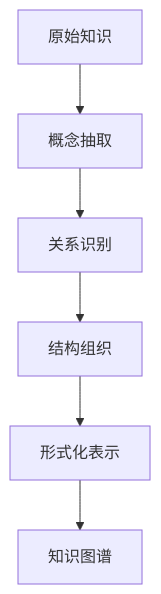
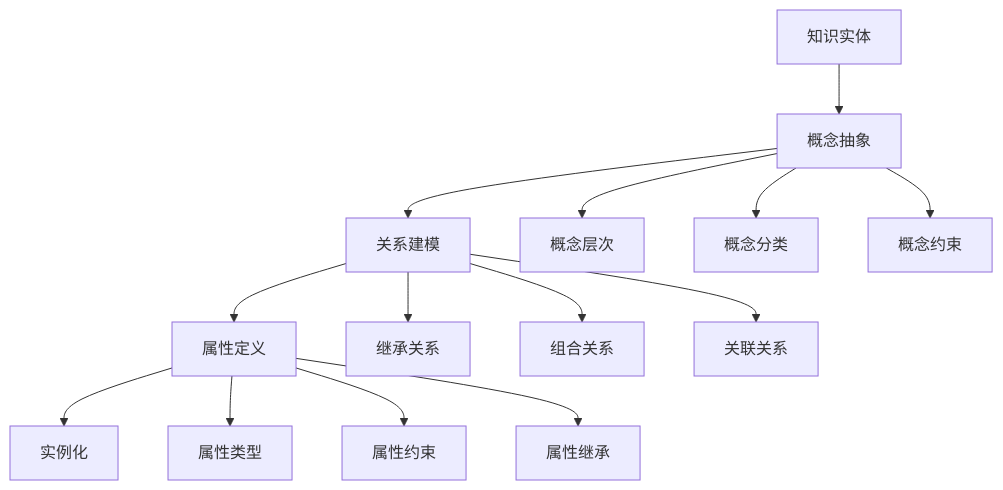
One commit to AdaMartin18010/KnowledgeGraph changed the diagram in docs/01-knowledge-representation/README.md. Above: the diagram before and after it, drawn with Mermaid. The commit also changed other lines of this file and 3 other files, not shown here.

````diff
--- a/docs/01-knowledge-representation/README.md
+++ b/docs/01-knowledge-representation/README.md
@@ -72,8 +76,19 @@
 ```mermaid
 graph TD
-    A[原始知识] --> B[概念抽取]
-    B --> C[关系识别]
-    C --> D[结构组织]
-    D --> E[形式化表示]
-    E --> F[知识图谱]
+    A[知识实体] --> B[概念抽象]
+    B --> C[关系建模]
+    C --> D[属性定义]
+    D --> E[实例化]
+    
+    B --> B1[概念层次]
+    B --> B2[概念分类]
+    B --> B3[概念约束]
+    
+    C --> C1[继承关系]
+    C --> C2[组合关系]
+    C --> C3[关联关系]
+    
+    D --> D1[属性类型]
+    D --> D2[属性约束]
+    D --> D3[属性继承]
 ```
````
